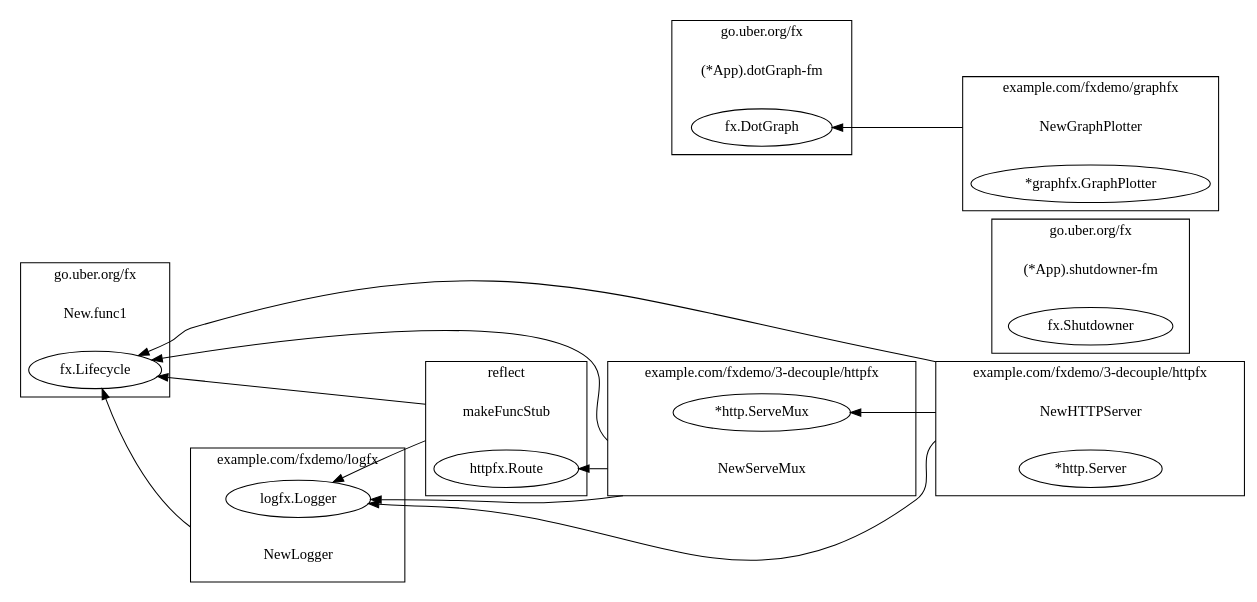
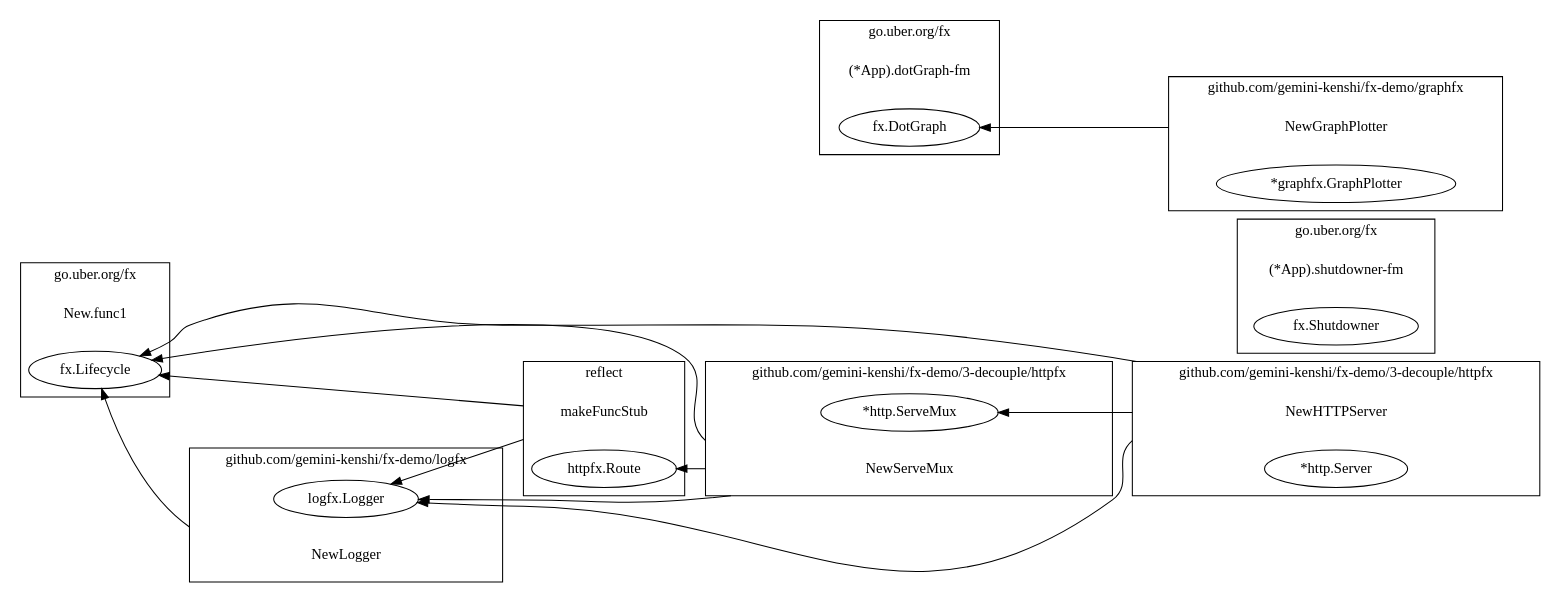
The diagram in 3-decouple/dotGraph.dot (gemini-kenshi/fx-demo), drawn with Graphviz before and after one commit. The commit also changed 13 other files, not shown here.

```diff
--- a/3-decouple/dotGraph.dot
+++ b/3-decouple/dotGraph.dot
@@ -1,98 +1,98 @@
 digraph {
 	rankdir=RL;
 	graph [compound=true];
 	
 		subgraph cluster_0 {
 			label = "go.uber.org/fx";
 			constructor_0 [shape=plaintext label="New.func1"];
 			
 			"fx.Lifecycle" [label=<fx.Lifecycle>];
 			
 		}
 		
 		
 		subgraph cluster_1 {
 			label = "go.uber.org/fx";
 			constructor_1 [shape=plaintext label="(*App).shutdowner-fm"];
 			
 			"fx.Shutdowner" [label=<fx.Shutdowner>];
 			
 		}
 		
 		
 		subgraph cluster_2 {
 			label = "go.uber.org/fx";
 			constructor_2 [shape=plaintext label="(*App).dotGraph-fm"];
 			
 			"fx.DotGraph" [label=<fx.DotGraph>];
 			
 		}
 		
 		
 		subgraph cluster_3 {
-			label = "example.com/fxdemo/graphfx";
+			label = "github.com/gemini-kenshi/fx-demo/graphfx";
 			constructor_3 [shape=plaintext label="NewGraphPlotter"];
 			
 			"*graphfx.GraphPlotter" [label=<*graphfx.GraphPlotter>];
 			
 		}
 		
 			constructor_3 -> "fx.DotGraph" [ltail=cluster_3];
 		
 		
 		subgraph cluster_4 {
-			label = "example.com/fxdemo/3-decouple/httpfx";
+			label = "github.com/gemini-kenshi/fx-demo/3-decouple/httpfx";
 			constructor_4 [shape=plaintext label="NewHTTPServer"];
 			
 			"*http.Server" [label=<*http.Server>];
 			
 		}
 		
 			constructor_4 -> "fx.Lifecycle" [ltail=cluster_4];
 		
 			constructor_4 -> "logfx.Logger" [ltail=cluster_4];
 		
 			constructor_4 -> "*http.ServeMux" [ltail=cluster_4];
 		
 		
 		subgraph cluster_5 {
 			label = "reflect";
 			constructor_5 [shape=plaintext label="makeFuncStub"];
 			
 			"httpfx.Route" [label=<httpfx.Route>];
 			
 		}
 		
 			constructor_5 -> "fx.Lifecycle" [ltail=cluster_5];
 		
 			constructor_5 -> "logfx.Logger" [ltail=cluster_5];
 		
 		
 		subgraph cluster_6 {
-			label = "example.com/fxdemo/3-decouple/httpfx";
+			label = "github.com/gemini-kenshi/fx-demo/3-decouple/httpfx";
 			constructor_6 [shape=plaintext label="NewServeMux"];
 			
 			"*http.ServeMux" [label=<*http.ServeMux>];
 			
 		}
 		
 			constructor_6 -> "fx.Lifecycle" [ltail=cluster_6];
 		
 			constructor_6 -> "logfx.Logger" [ltail=cluster_6];
 		
 			constructor_6 -> "httpfx.Route" [ltail=cluster_6];
 		
 		
 		subgraph cluster_7 {
-			label = "example.com/fxdemo/logfx";
+			label = "github.com/gemini-kenshi/fx-demo/logfx";
 			constructor_7 [shape=plaintext label="NewLogger"];
 			
 			"logfx.Logger" [label=<logfx.Logger>];
 			
 		}
 		
 			constructor_7 -> "fx.Lifecycle" [ltail=cluster_7];
 		
 		
 	
 }
```
